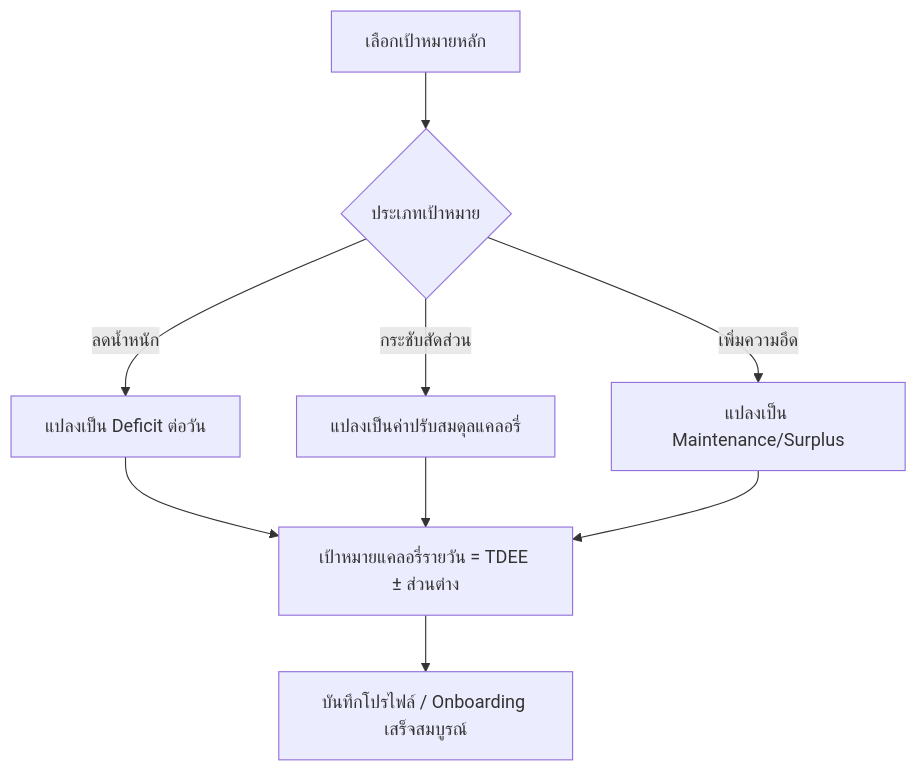
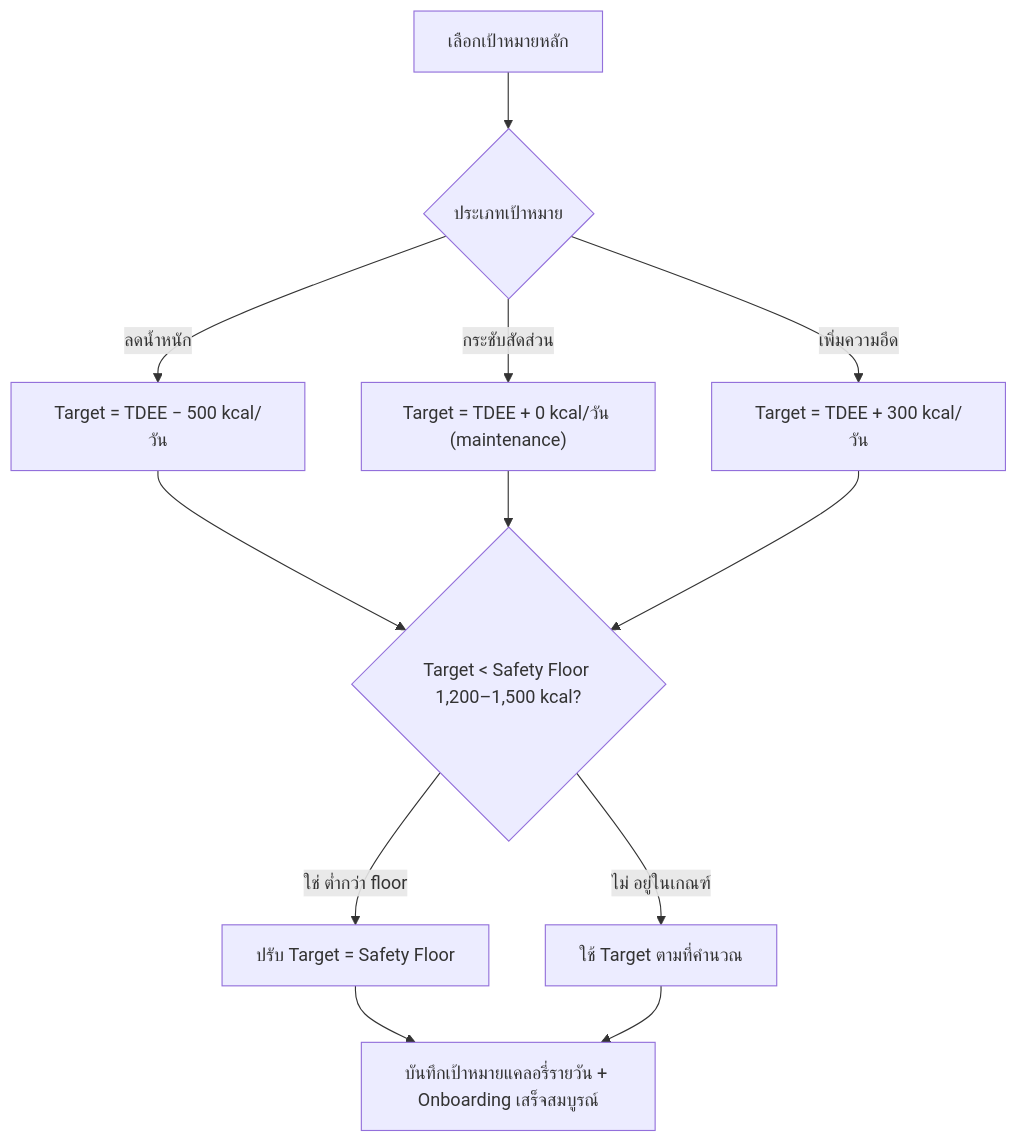
Before and after one commit to Kikofah/smartFit_daily: the third of 14 diagrams in docs/features/user-journeys.md, drawn with Mermaid. The commit also changed other lines of this file and 6 other files, not shown here.

````diff
--- a/docs/features/user-journeys.md
+++ b/docs/features/user-journeys.md
@@ -90,11 +88,14 @@
 ```mermaid
 flowchart TD
     A[เลือกเป้าหมายหลัก] --> B{ประเภทเป้าหมาย}
-    B -- ลดน้ำหนัก --> C[แปลงเป็น Deficit ต่อวัน]
-    B -- กระชับสัดส่วน --> D[แปลงเป็นค่าปรับสมดุลแคลอรี่]
-    B -- เพิ่มความอึด --> E[แปลงเป็น Maintenance/Surplus]
-    C --> F[เป้าหมายแคลอรี่รายวัน = TDEE ± ส่วนต่าง]
+    B -- ลดน้ำหนัก --> C["Target = TDEE − 500 kcal/วัน"]
+    B -- กระชับสัดส่วน --> D["Target = TDEE + 0 kcal/วัน (maintenance)"]
+    B -- เพิ่มความอึด --> E["Target = TDEE + 300 kcal/วัน"]
+    C --> F{"Target < Safety Floor 1,200–1,500 kcal?"}
     D --> F
     E --> F
-    F --> G[บันทึกโปรไฟล์ / Onboarding เสร็จสมบูรณ์]
+    F -- ใช่ ต่ำกว่า floor --> G[ปรับ Target = Safety Floor]
+    F -- ไม่ อยู่ในเกณฑ์ --> H[ใช้ Target ตามที่คำนวณ]
+    G --> I[บันทึกเป้าหมายแคลอรี่รายวัน + Onboarding เสร็จสมบูรณ์]
+    H --> I
 ```
````
